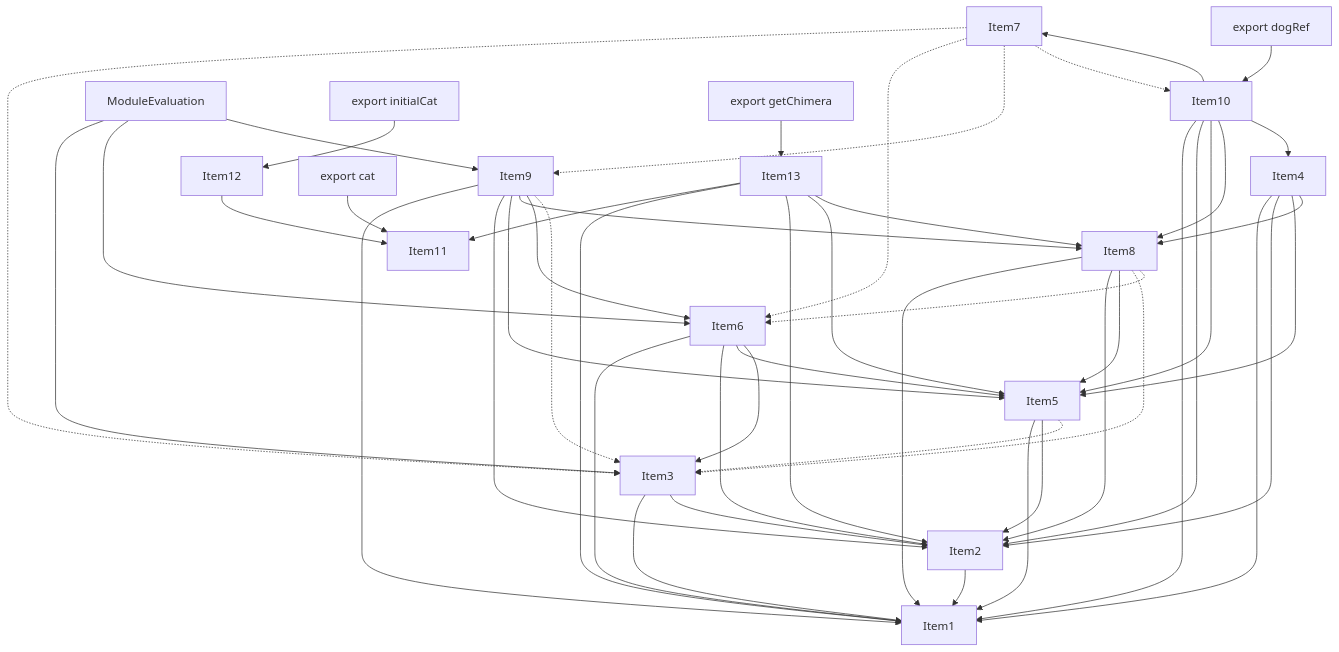
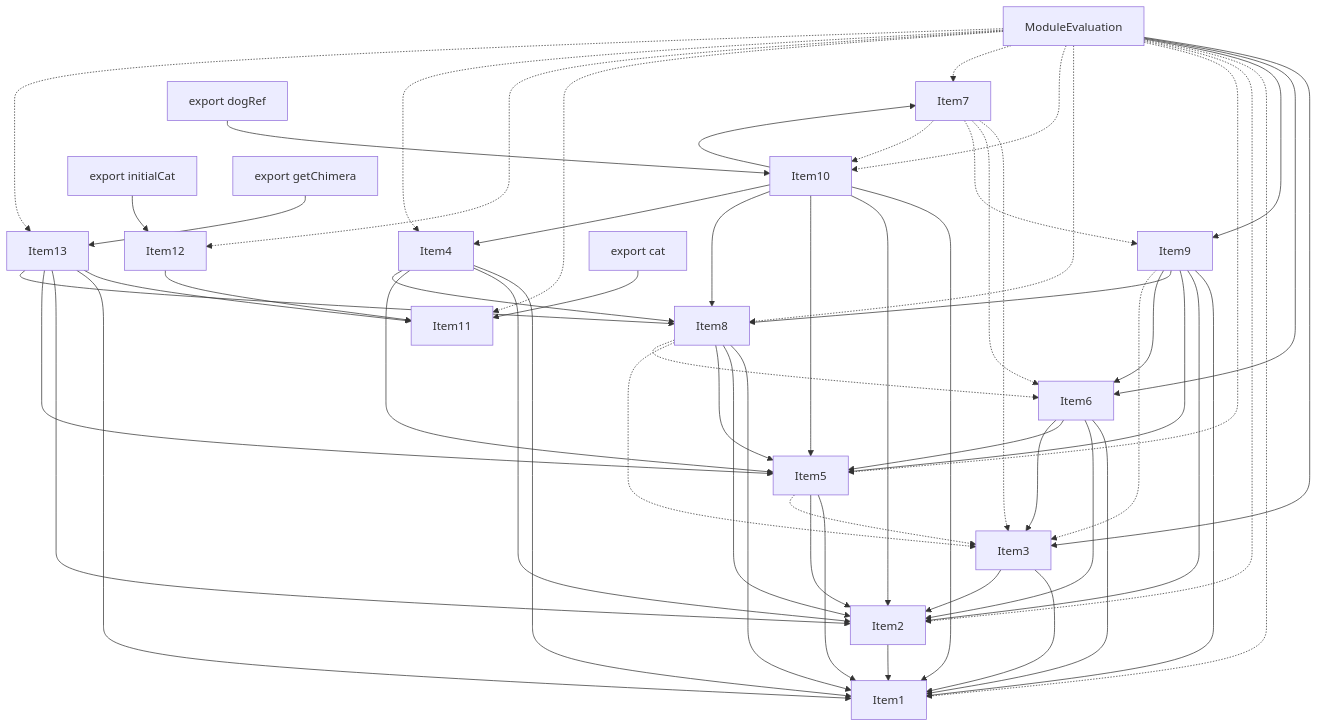
The fourth of 5 diagrams in crates/turbopack-ecmascript/tests/tree-shaker/analyzer/complex/output.md (vercel/turborepo), drawn with Mermaid before and after one commit. The commit also changed other lines of this file and 3 other files, not shown here.

```diff
--- a/crates/turbopack-ecmascript/tests/tree-shaker/analyzer/complex/output.md
+++ b/crates/turbopack-ecmascript/tests/tree-shaker/analyzer/complex/output.md
@@ -362,6 +362,16 @@
     Item14 --> Item3;
     Item14 --> Item6;
     Item14 --> Item9;
+    Item14 -.-> Item1;
+    Item14 -.-> Item2;
+    Item14 -.-> Item5;
+    Item14 -.-> Item8;
+    Item14 -.-> Item10;
+    Item14 -.-> Item7;
+    Item14 -.-> Item11;
+    Item14 -.-> Item12;
+    Item14 -.-> Item4;
+    Item14 -.-> Item13;
     Item15 --> Item10;
     Item16 --> Item11;
     Item17 --> Item12;
```
